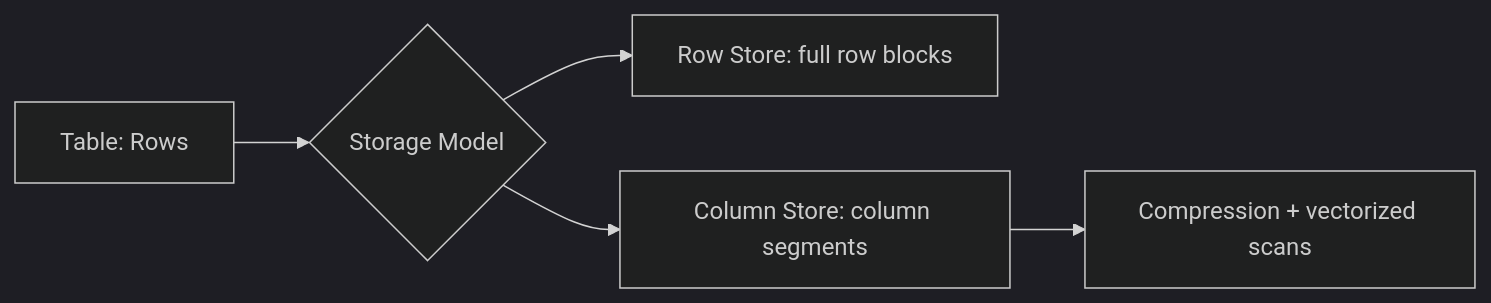
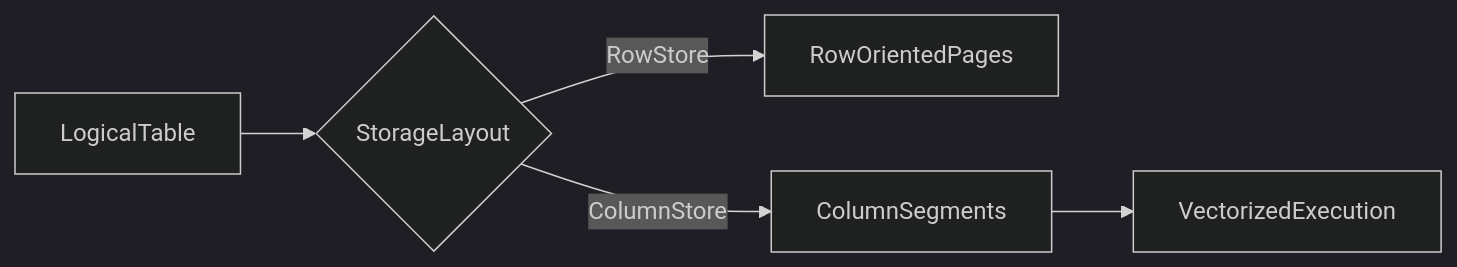
The first of 2 diagrams in database/database-masterclass/03-nosql-paradigms/03-columnar-databases-and-olap-architecture.md (GabrielAlmeidaFlores/Senior-Software-Architect), drawn with Mermaid (dark theme) before and after one commit. The commit also changed other lines of this file and 19 other files, not shown here.

````diff
--- a/database/database-masterclass/03-nosql-paradigms/03-columnar-databases-and-olap-architecture.md
+++ b/database/database-masterclass/03-nosql-paradigms/03-columnar-databases-and-olap-architecture.md
@@ -18,7 +23,7 @@
 ```mermaid
 flowchart LR
-    A[Table: Rows] --> B{Storage Model}
-    B --> C[Row Store: full row blocks]
-    B --> D[Column Store: column segments]
-    D --> E[Compression + vectorized scans]
+    logicalTable[LogicalTable] --> storageChoice{StorageLayout}
+    storageChoice -- RowStore --> rowPath[RowOrientedPages]
+    storageChoice -- ColumnStore --> colPath[ColumnSegments]
+    colPath --> vectorExec[VectorizedExecution]
 ```
````
